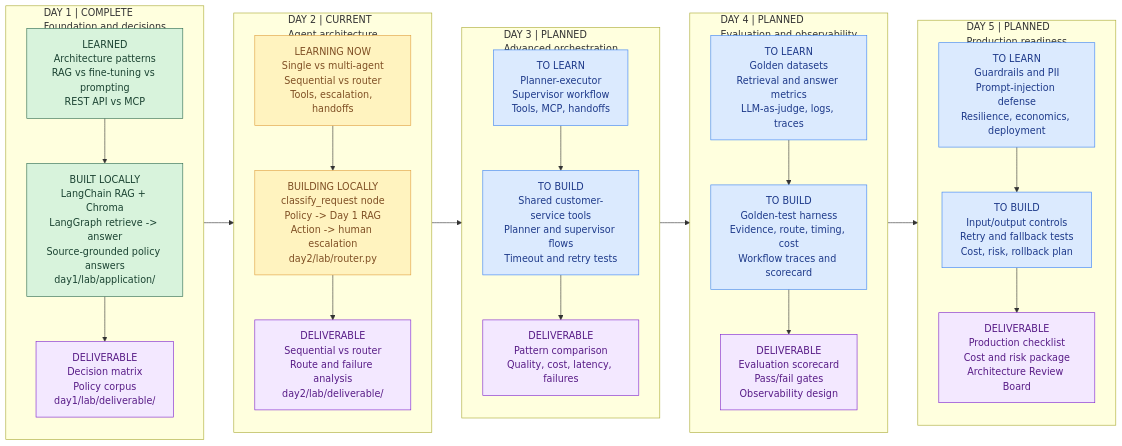
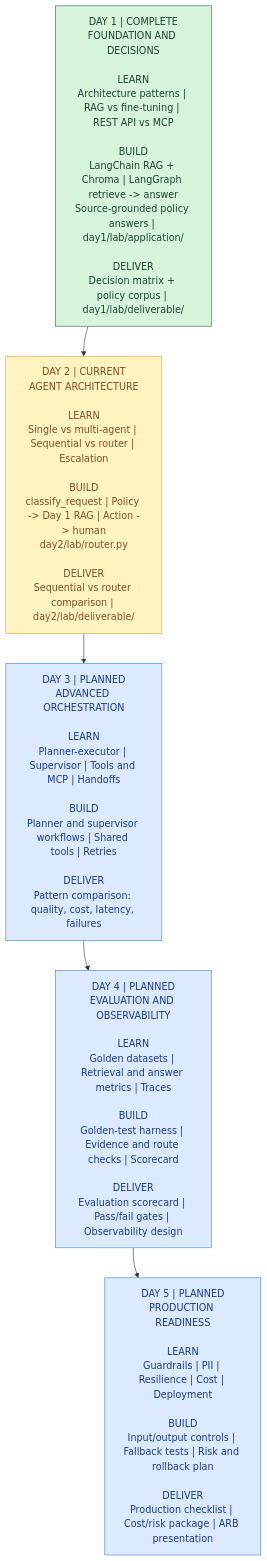
Before and after one commit to rakeshmatha/advanced-agentic-ai: the diagram in README.md, drawn with Mermaid.

Commit message:
Balance learning graph into two rows

````diff
--- a/README.md
+++ b/README.md
@@ -39,41 +39,21 @@
 ```mermaid
-flowchart LR
-    subgraph DAY1["DAY 1 | COMPLETE\nFoundation and decisions"]
-        direction TB
-        D1["LEARNED\nArchitecture patterns\nRAG vs fine-tuning vs prompting\nREST API vs MCP"] --> D1L["BUILT LOCALLY\nLangChain RAG + Chroma\nLangGraph retrieve -> answer\nSource-grounded policy answers\nday1/lab/application/"] --> D1O["DELIVERABLE\nDecision matrix\nPolicy corpus\nday1/lab/deliverable/"]
-    end
+flowchart TB
+    D1["DAY 1 | COMPLETE\nFOUNDATION AND DECISIONS\n\nLEARN\nArchitecture patterns | RAG vs fine-tuning | REST API vs MCP\n\nBUILD\nLangChain RAG + Chroma | LangGraph retrieve -> answer\nSource-grounded policy answers | day1/lab/application/\n\nDELIVER\nDecision matrix + policy corpus | day1/lab/deliverable/"]
+    D2["DAY 2 | CURRENT\nAGENT ARCHITECTURE\n\nLEARN\nSingle vs multi-agent | Sequential vs router | Escalation\n\nBUILD\nclassify_request | Policy -> Day 1 RAG | Action -> human\nday2/lab/router.py\n\nDELIVER\nSequential vs router comparison | day2/lab/deliverable/"]
+    D3["DAY 3 | PLANNED\nADVANCED ORCHESTRATION\n\nLEARN\nPlanner-executor | Supervisor | Tools and MCP | Handoffs\n\nBUILD\nPlanner and supervisor workflows | Shared tools | Retries\n\nDELIVER\nPattern comparison: quality, cost, latency, failures"]
+    D4["DAY 4 | PLANNED\nEVALUATION AND OBSERVABILITY\n\nLEARN\nGolden datasets | Retrieval and answer metrics | Traces\n\nBUILD\nGolden-test harness | Evidence and route checks | Scorecard\n\nDELIVER\nEvaluation scorecard | Pass/fail gates | Observability design"]
+    D5["DAY 5 | PLANNED\nPRODUCTION READINESS\n\nLEARN\nGuardrails | PII | Resilience | Cost | Deployment\n\nBUILD\nInput/output controls | Fallback tests | Risk and rollback plan\n\nDELIVER\nProduction checklist | Cost/risk package | ARB presentation"]
 
-    subgraph DAY2["DAY 2 | CURRENT\nAgent architecture"]
-        direction TB
-        D2["LEARNING NOW\nSingle vs multi-agent\nSequential vs router\nTools, escalation, handoffs"] --> D2L["BUILDING LOCALLY\nclassify_request node\nPolicy -> Day 1 RAG\nAction -> human escalation\nday2/lab/router.py"] --> D2O["DELIVERABLE\nSequential vs router\nRoute and failure analysis\nday2/lab/deliverable/"]
-    end
-
-    subgraph DAY3["DAY 3 | PLANNED\nAdvanced orchestration"]
-        direction TB
-        D3["TO LEARN\nPlanner-executor\nSupervisor workflow\nTools, MCP, handoffs"] --> D3L["TO BUILD\nShared customer-service tools\nPlanner and supervisor flows\nTimeout and retry tests"] --> D3O["DELIVERABLE\nPattern comparison\nQuality, cost, latency, failures"]
-    end
-
-    subgraph DAY4["DAY 4 | PLANNED\nEvaluation and observability"]
-        direction TB
-        D4["TO LEARN\nGolden datasets\nRetrieval and answer metrics\nLLM-as-judge, logs, traces"] --> D4L["TO BUILD\nGolden-test harness\nEvidence, route, timing, cost\nWorkflow traces and scorecard"] --> D4O["DELIVERABLE\nEvaluation scorecard\nPass/fail gates\nObservability design"]
-    end
-
-    subgraph DAY5["DAY 5 | PLANNED\nProduction readiness"]
-        direction TB
-        D5["TO LEARN\nGuardrails and PII\nPrompt-injection defense\nResilience, economics, deployment"] --> D5L["TO BUILD\nInput/output controls\nRetry and fallback tests\nCost, risk, rollback plan"] --> D5O["DELIVERABLE\nProduction checklist\nCost and risk package\nArchitecture Review Board"]
-    end
-
-    D1O --> D2
-    D2O --> D3
-    D3O --> D4
-    D4O --> D5
+    D1 --> D2 --> D3
+    D3 --> D4 --> D5
+    D1 ~~~ D4
+    D2 ~~~ D5
 
     classDef complete fill:#d8f3dc,stroke:#2d6a4f,color:#1b4332
     classDef current fill:#fff3bf,stroke:#e09f3e,color:#7f4f24
     classDef planned fill:#dbeafe,stroke:#3b82f6,color:#1e3a8a
     classDef deliverable fill:#f3e8ff,stroke:#7e22ce,color:#581c87
-    class D1,D1T,D1L complete
-    class D1O,D2O,D3O,D4O,D5O deliverable
-    class D2,D2T,D2L current
-    class D3,D3T,D3L,D4,D4T,D4L,D5,D5T,D5L planned
+    class D1 complete
+    class D2 current
+    class D3,D4,D5 planned
 ```
````
